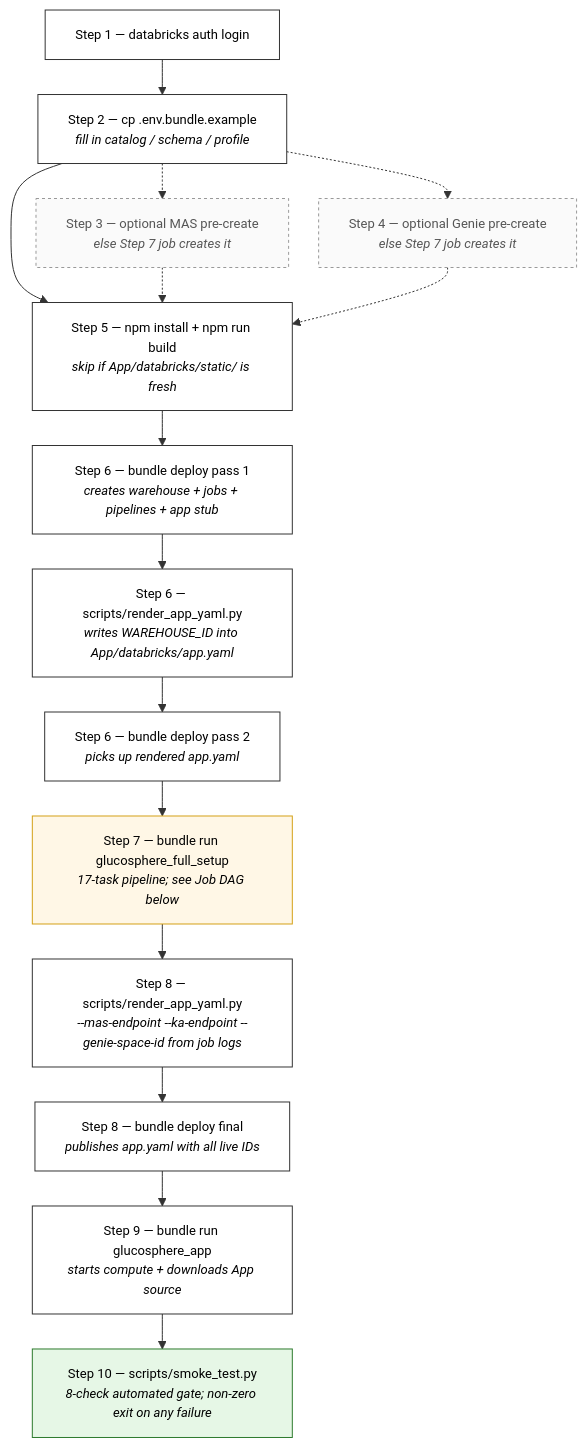
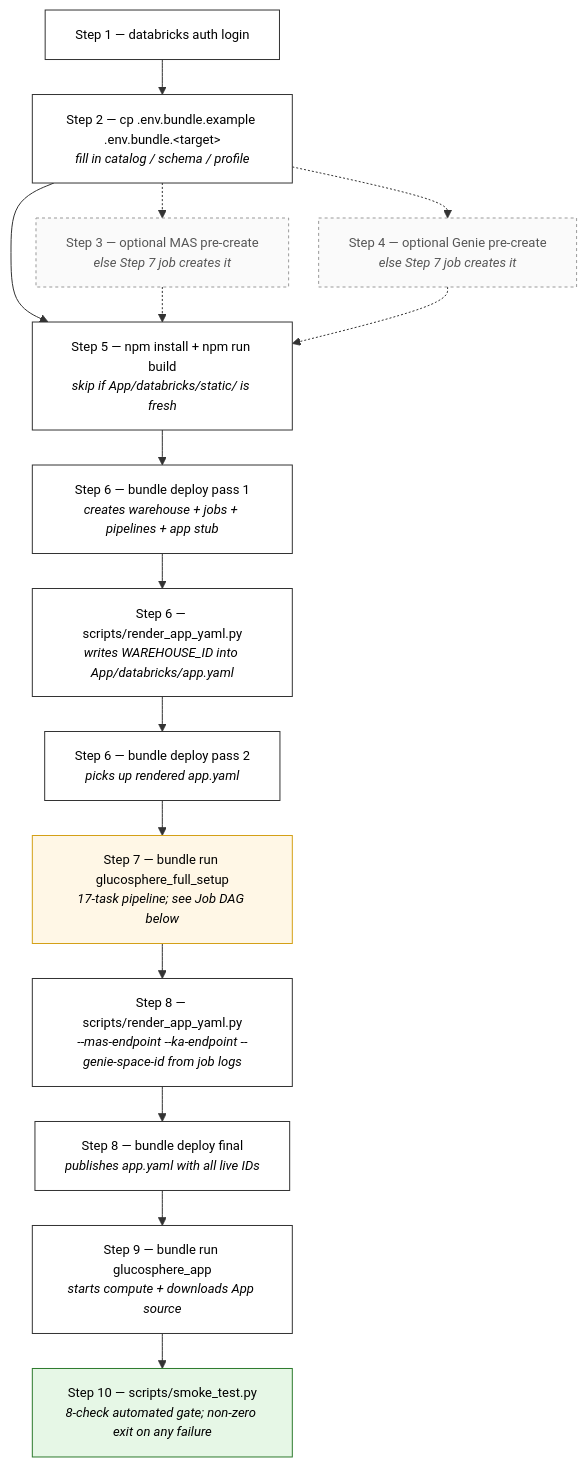
Before and after one commit to databricks-industry-solutions/glucosphere: the first of 3 diagrams in DEPLOY.md, drawn with Mermaid. The commit also changed other lines of this file and 14 other files, not shown here.

First line of the commit message:
chore(deploy): per-target .env.bundle.<target> convention (retire HARNESS_TYPE)

````diff
--- a/DEPLOY.md
+++ b/DEPLOY.md
@@ -11,28 +11,28 @@
 ```mermaid
 %%{init: {'flowchart': {'nodeSpacing': 30, 'rankSpacing': 35}, 'themeVariables': {'fontSize': '13px'}}}%%
 flowchart TD
     classDef cmd fill:#fff,stroke:#333,stroke-width:1px,color:#000
     classDef wait fill:#fff7e6,stroke:#d4a017,stroke-width:1px,color:#000
     classDef gate fill:#e6f7e6,stroke:#2d7a2d,stroke-width:1px,color:#000
     classDef opt fill:#fafafa,stroke:#999,stroke-width:1px,stroke-dasharray:3 3,color:#555
 
     S1[Step 1 — databricks auth login]:::cmd
-    S2[Step 2 — cp .env.bundle.example<br/><i>fill in catalog / schema / profile</i>]:::cmd
+    S2[Step 2 — cp .env.bundle.example .env.bundle.&lt;target&gt;<br/><i>fill in catalog / schema / profile</i>]:::cmd
     S3[Step 3 — optional MAS pre-create<br/><i>else Step 7 job creates it</i>]:::opt
     S4[Step 4 — optional Genie pre-create<br/><i>else Step 7 job creates it</i>]:::opt
     S5[Step 5 — npm install + npm run build<br/><i>skip if App/databricks/static/ is fresh</i>]:::cmd
     A[Step 6 — bundle deploy pass 1<br/><i>creates warehouse + jobs + pipelines + app stub</i>]:::cmd
     B[Step 6 — scripts/render_app_yaml.py<br/><i>writes WAREHOUSE_ID into App/databricks/app.yaml</i>]:::cmd
     C[Step 6 — bundle deploy pass 2<br/><i>picks up rendered app.yaml</i>]:::cmd
     D[Step 7 — bundle run glucosphere_full_setup<br/><i>17-task pipeline; see Job DAG below</i>]:::wait
     E[Step 8 — scripts/render_app_yaml.py<br/><i>--mas-endpoint --ka-endpoint --genie-space-id from job logs</i>]:::cmd
     F[Step 8 — bundle deploy final<br/><i>publishes app.yaml with all live IDs</i>]:::cmd
     G[Step 9 — bundle run glucosphere_app<br/><i>starts compute + downloads App source</i>]:::cmd
     H[Step 10 — scripts/smoke_test.py<br/><i>8-check automated gate; non-zero exit on any failure</i>]:::gate
 
     S1 --> S2 --> S5 --> A --> B --> C --> D --> E --> F --> G --> H
     S2 -.-> S3
     S2 -.-> S4
     S3 -.-> S5
     S4 -.-> S5
 ```
````
